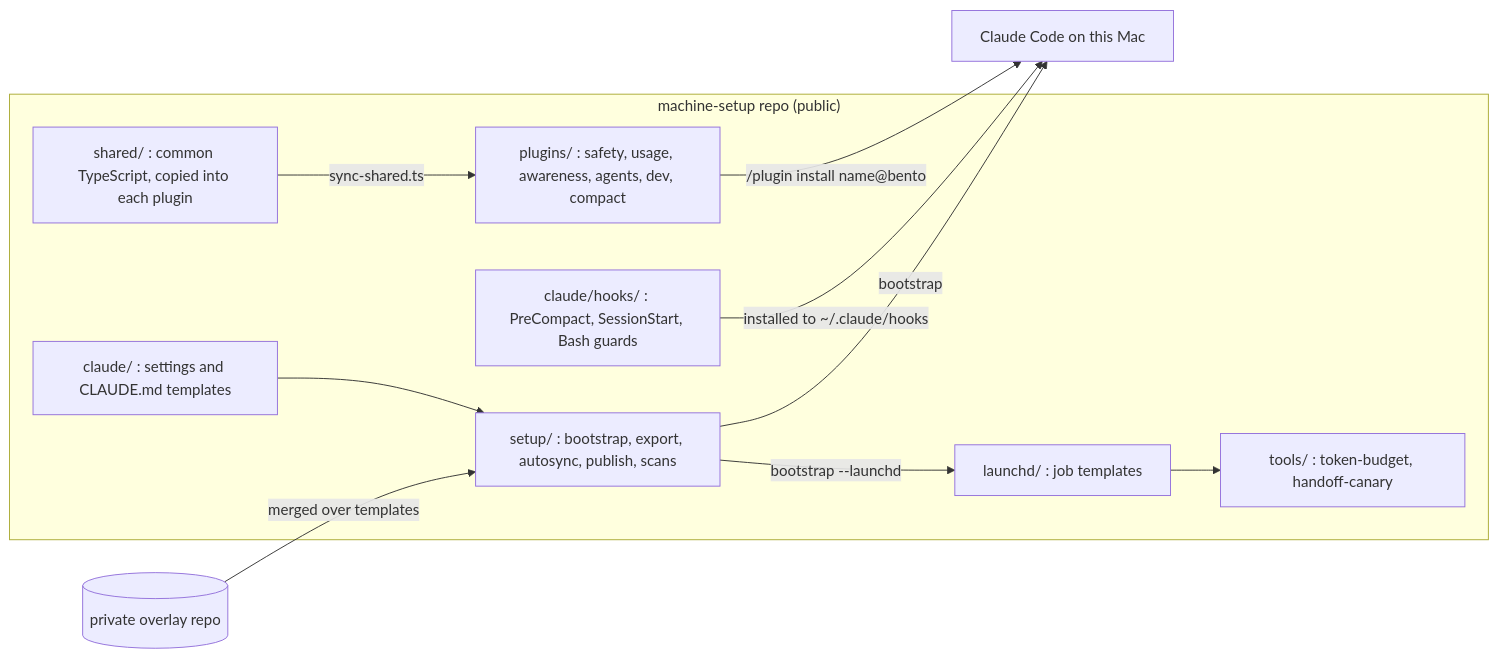
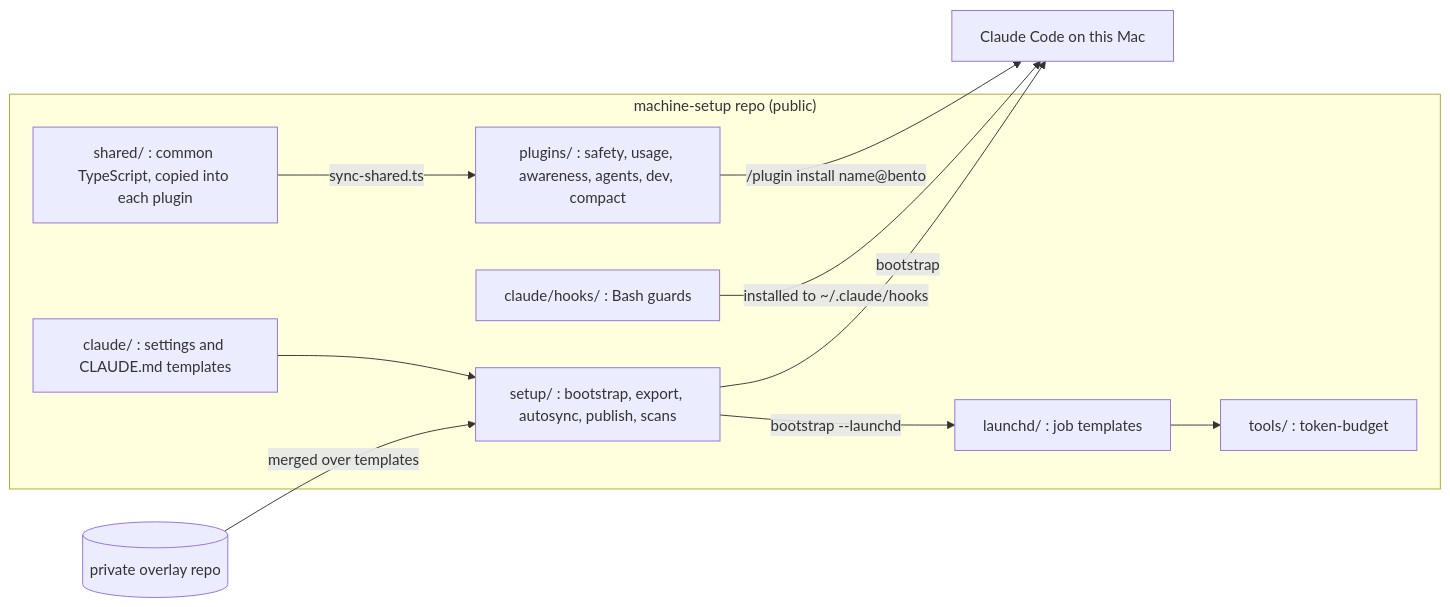
The first of 2 diagrams in ARCHITECTURE.md (pratikgh0se/machine-setup), drawn with Mermaid before and after one commit. The commit also changed other lines of this file and 34 other files, not shown here.

````diff
--- a/ARCHITECTURE.md
+++ b/ARCHITECTURE.md
@@ -7,22 +7,22 @@
 ```mermaid
 flowchart LR
   subgraph repo["machine-setup repo (public)"]
     PL["plugins/ : safety, usage, awareness, agents, dev, compact"]
     SH["shared/ : common TypeScript, copied into each plugin"]
-    HK["claude/hooks/ : PreCompact, SessionStart, Bash guards"]
-    TL["tools/ : token-budget, handoff-canary"]
+    HK["claude/hooks/ : Bash guards"]
+    TL["tools/ : token-budget"]
     ST["setup/ : bootstrap, export, autosync, publish, scans"]
     LD["launchd/ : job templates"]
     TM["claude/ : settings and CLAUDE.md templates"]
   end
   OV[("private overlay repo")]
   CC["Claude Code on this Mac"]
   SH -->|sync-shared.ts| PL
   PL -->|"/plugin install name@bento"| CC
   HK -->|"installed to ~/.claude/hooks"| CC
   TM --> ST
   ST -->|bootstrap| CC
   ST -->|bootstrap --launchd| LD
   LD --> TL
   OV -->|merged over templates| ST
 ```
````
